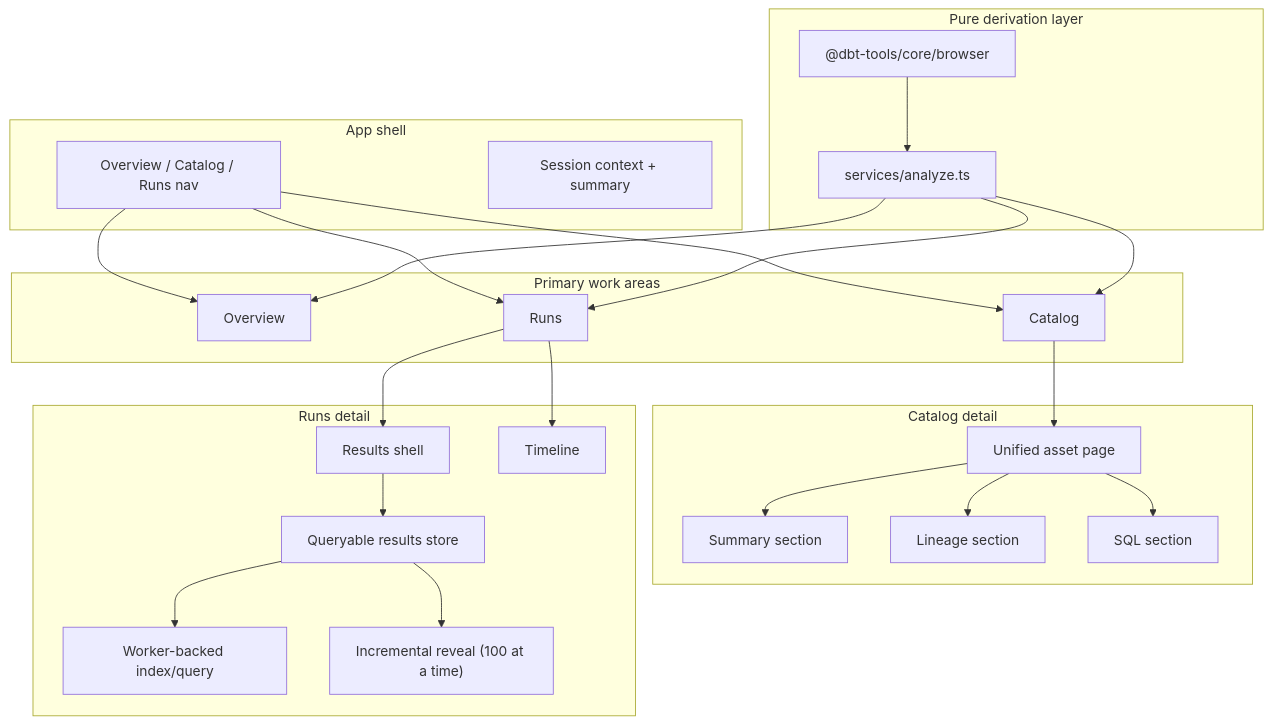
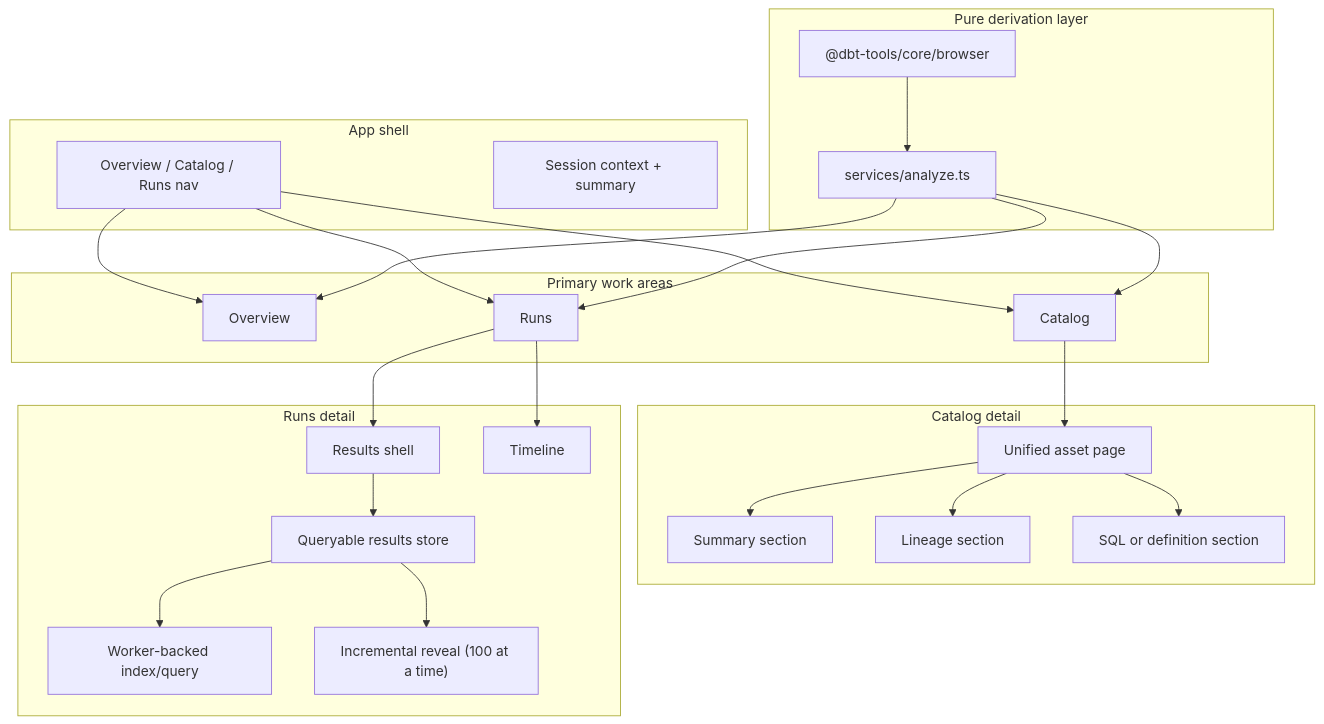
The diagram in docs/adr/0018-hybrid-dbt-first-catalog-and-runs-workspace-for-dbt-tools-web.md (yu-iskw/dbt-artifacts-parser-ts), drawn with Mermaid before and after one commit. The commit also changed other lines of this file and 9 other files, not shown here.

````diff
--- a/docs/adr/0018-hybrid-dbt-first-catalog-and-runs-workspace-for-dbt-tools-web.md
+++ b/docs/adr/0018-hybrid-dbt-first-catalog-and-runs-workspace-for-dbt-tools-web.md
@@ -96,50 +105,50 @@
 ```mermaid
 flowchart TB
     subgraph Shell["App shell"]
         Sidebar["Overview / Catalog / Runs nav"]
         Header["Session context + summary"]
     end
 
     subgraph Workspace["Primary work areas"]
         Overview["Overview"]
         Catalog["Catalog"]
         Runs["Runs"]
     end
 
     subgraph CatalogDetail["Catalog detail"]
         AssetPage["Unified asset page"]
         Summary["Summary section"]
         Lineage["Lineage section"]
-        SQL["SQL section"]
+        Detail["SQL or definition section"]
     end
 
     subgraph RunsDetail["Runs detail"]
         Results["Results shell"]
         ResultStore["Queryable results store"]
         Worker["Worker-backed index/query"]
         Reveal["Incremental reveal (100 at a time)"]
         Timeline["Timeline"]
     end
 
     subgraph Model["Pure derivation layer"]
         Analyze["services/analyze.ts"]
         Core["@dbt-tools/core/browser"]
     end
 
     Sidebar --> Overview
     Sidebar --> Catalog
     Sidebar --> Runs
     Catalog --> AssetPage
     AssetPage --> Summary
     AssetPage --> Lineage
-    AssetPage --> SQL
+    AssetPage --> Detail
     Runs --> Results
     Results --> ResultStore
     ResultStore --> Worker
     ResultStore --> Reveal
     Runs --> Timeline
     Analyze --> Overview
     Analyze --> Catalog
     Analyze --> Runs
     Core --> Analyze
 ```
````
